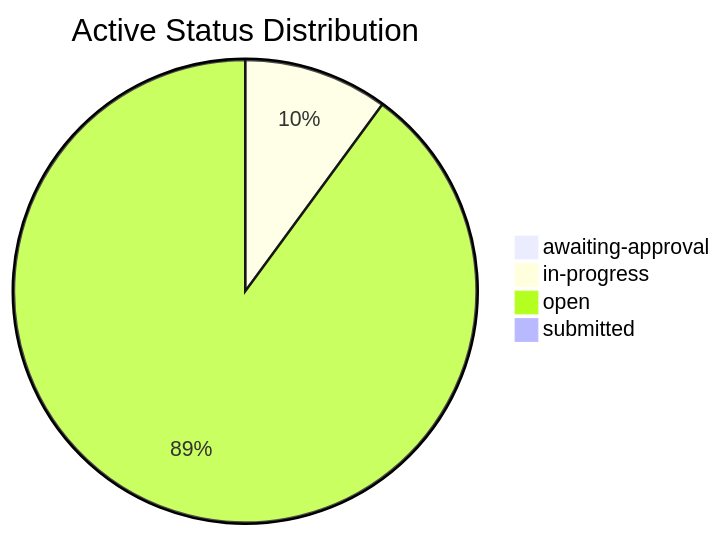
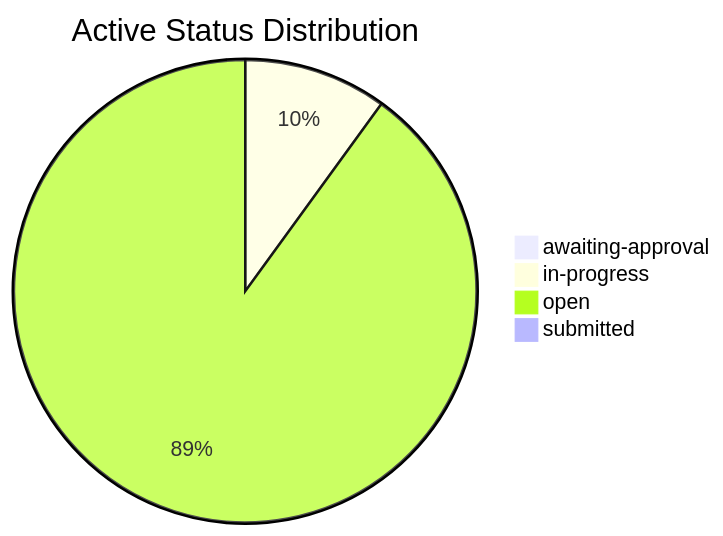
Before and after one commit to mgosal/5et.uk: the second of 3 diagrams in dashboard.md, drawn with Mermaid. The commit also changed other lines of this file and 3 other files, not shown here.

````diff
--- a/dashboard.md
+++ b/dashboard.md
@@ -221,7 +137,7 @@
 ```mermaid
 pie title Active Status Distribution
     "awaiting-approval" : 1
     "in-progress" : 13
-    "open" : 116
+    "open" : 117
     "submitted" : 1
 ```
````
